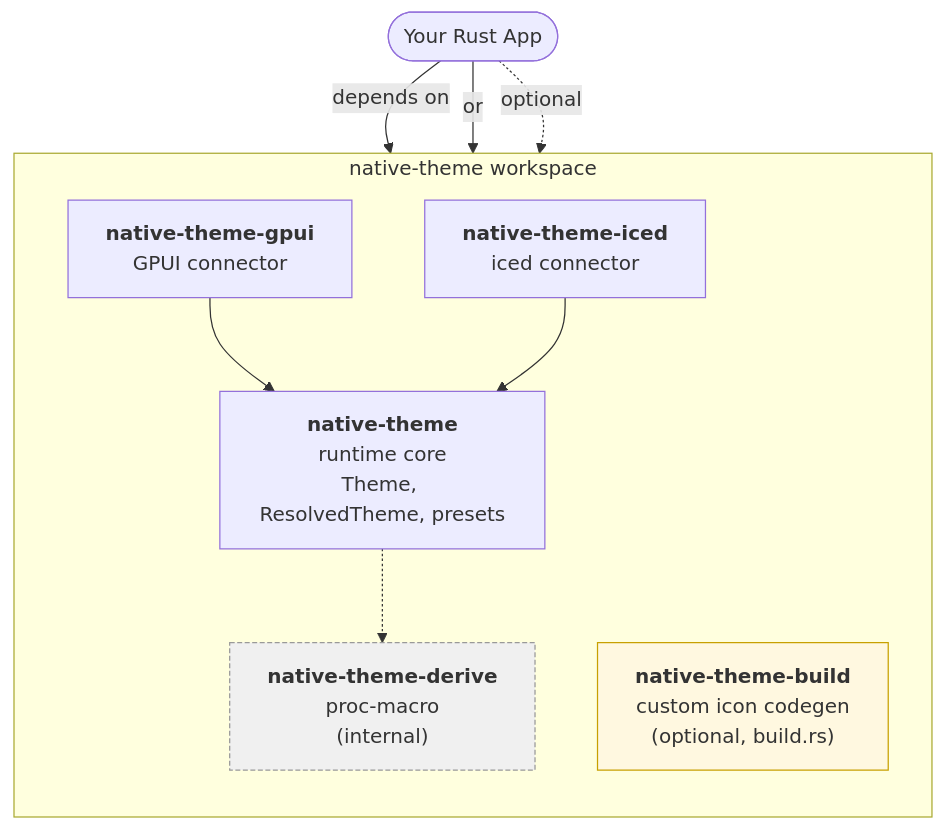
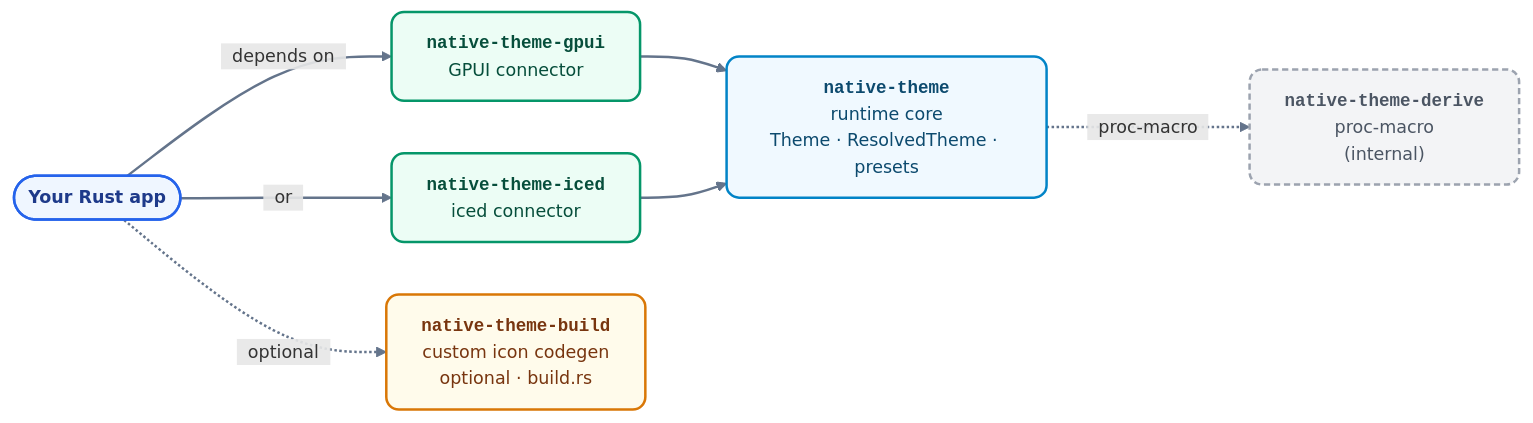
One commit to tiborgats/native-theme changed the diagram in docs/assets/crate-relations.mmd. Above: the diagram before and after it, drawn with Mermaid. The commit also changed 1 other file, not shown here.

Commit message:
docs(assets): restyle crate-relations diagram with LR layout, typography, and color-coded node classes

```diff
--- a/docs/assets/crate-relations.mmd
+++ b/docs/assets/crate-relations.mmd
@@ -1,25 +1,41 @@
-%%{init: {'flowchart': {'htmlLabels': true, 'curve': 'basis'}}}%%
-flowchart TB
-    App([Your Rust App])
+---
+config:
+  flowchart:
+    htmlLabels: true
+    curve: basis
+    nodeSpacing: 42
+    rankSpacing: 65
+    padding: 14
+  themeVariables:
+    fontFamily: '-apple-system, BlinkMacSystemFont, "Segoe UI", Roboto, sans-serif'
+    fontSize: 14px
+---
+flowchart LR
+    App(["<b>Your Rust app</b>"])
 
-    subgraph ws[native-theme workspace]
-        direction TB
-        NT["<b>native-theme</b><br/>runtime core<br/>Theme, ResolvedTheme, presets"]
-        NTG["<b>native-theme-gpui</b><br/>GPUI connector"]
-        NTI["<b>native-theme-iced</b><br/>iced connector"]
-        NTB["<b>native-theme-build</b><br/>custom icon codegen<br/>(optional, build.rs)"]
-        NTD["<b>native-theme-derive</b><br/>proc-macro<br/>(internal)"]
-    end
+    NTG["<code><b>native-theme-gpui</b></code><br/><span style='color:#64748b;font-size:12px'>GPUI connector</span>"]
+    NTI["<code><b>native-theme-iced</b></code><br/><span style='color:#64748b;font-size:12px'>iced connector</span>"]
+    NTB["<code><b>native-theme-build</b></code><br/><span style='color:#64748b;font-size:12px'>custom icon codegen<br/>optional · build.rs</span>"]
+    NT["<code><b>native-theme</b></code><br/><span style='color:#64748b;font-size:12px'>runtime core<br/>Theme · ResolvedTheme · presets</span>"]
+    NTD["<code><b>native-theme-derive</b></code><br/><span style='color:#64748b;font-size:12px'>proc-macro<br/>(internal)</span>"]
 
-    App -->|depends on| NTG
-    App -->|or| NTI
-    App -.->|optional| NTB
-
+    App -->|"&nbsp; depends on &nbsp;"| NTG
+    App -->|"&nbsp; or &nbsp;"| NTI
+    App -.->|"&nbsp; optional &nbsp;"| NTB
     NTG --> NT
     NTI --> NT
-    NT -.-> NTD
+    NT -.->|"&nbsp; proc-macro &nbsp;"| NTD
 
-    classDef internal fill:#f0f0f0,stroke:#999,stroke-dasharray: 4 2
-    classDef optional fill:#fff8e0,stroke:#c8a000
+    classDef app fill:#eff6ff,stroke:#2563eb,stroke-width:2px,color:#1e3a8a,rx:12,ry:12
+    classDef runtime fill:#f0f9ff,stroke:#0284c7,stroke-width:2px,color:#0c4a6e,rx:10,ry:10
+    classDef connector fill:#ecfdf5,stroke:#059669,stroke-width:2px,color:#064e3b,rx:10,ry:10
+    classDef optional fill:#fffbeb,stroke:#d97706,stroke-width:2px,color:#78350f,rx:10,ry:10
+    classDef internal fill:#f3f4f6,stroke:#9ca3af,stroke-dasharray:5 3,stroke-width:2px,color:#4b5563,rx:10,ry:10
+
+    class App app
+    class NT runtime
+    class NTG,NTI connector
+    class NTB optional
     class NTD internal
-    class NTB optional
+
+    linkStyle default stroke:#64748b,stroke-width:2px
```
